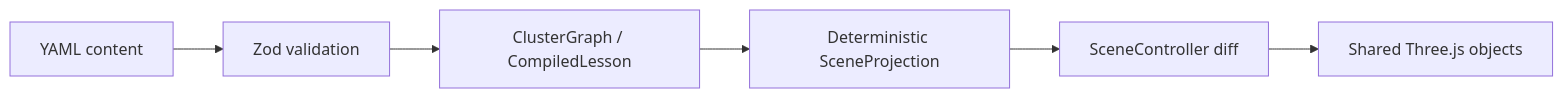
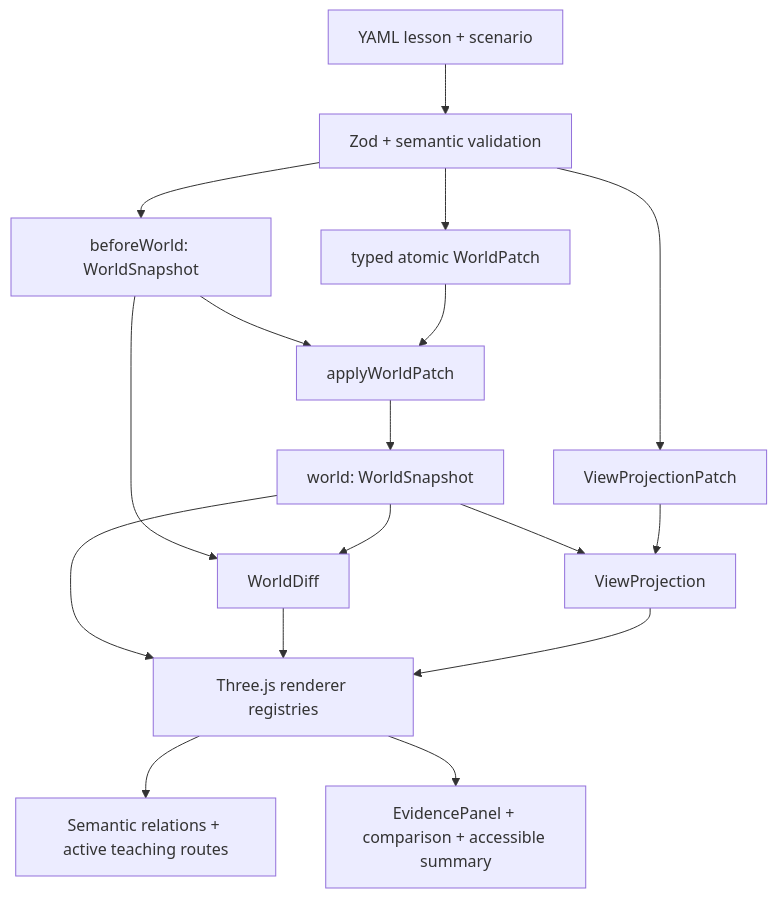
Before and after one commit to TANGBUDU/kubemotion-3d: the diagram in README.md, drawn with Mermaid. The commit also changed other lines of this file and 631 other files, not shown here.

````diff
--- a/README.md
+++ b/README.md
@@ -23,8 +50,19 @@
 ```mermaid
-flowchart LR
-  YAML["YAML content"] --> Zod["Zod validation"]
-  Zod --> Domain["ClusterGraph / CompiledLesson"]
-  Domain --> Projection["Deterministic SceneProjection"]
-  Projection --> Diff["SceneController diff"]
-  Diff --> Three["Shared Three.js objects"]
+flowchart TD
+  YAML["YAML lesson + scenario"] --> Validate["Zod + semantic validation"]
+  Validate --> Before["beforeWorld: WorldSnapshot"]
+  Validate --> Patch["typed atomic WorldPatch"]
+  Before --> Apply["applyWorldPatch"]
+  Patch --> Apply
+  Apply --> World["world: WorldSnapshot"]
+  Before --> Diff["WorldDiff"]
+  World --> Diff
+  Validate --> ViewPatch["ViewProjectionPatch"]
+  World --> Projection["ViewProjection"]
+  ViewPatch --> Projection
+  World --> Renderer["Three.js renderer registries"]
+  Diff --> Renderer
+  Projection --> Renderer
+  Renderer --> Routes["Semantic relations + active teaching routes"]
+  Renderer --> Teaching["EvidencePanel + comparison + accessible summary"]
 ```
````
